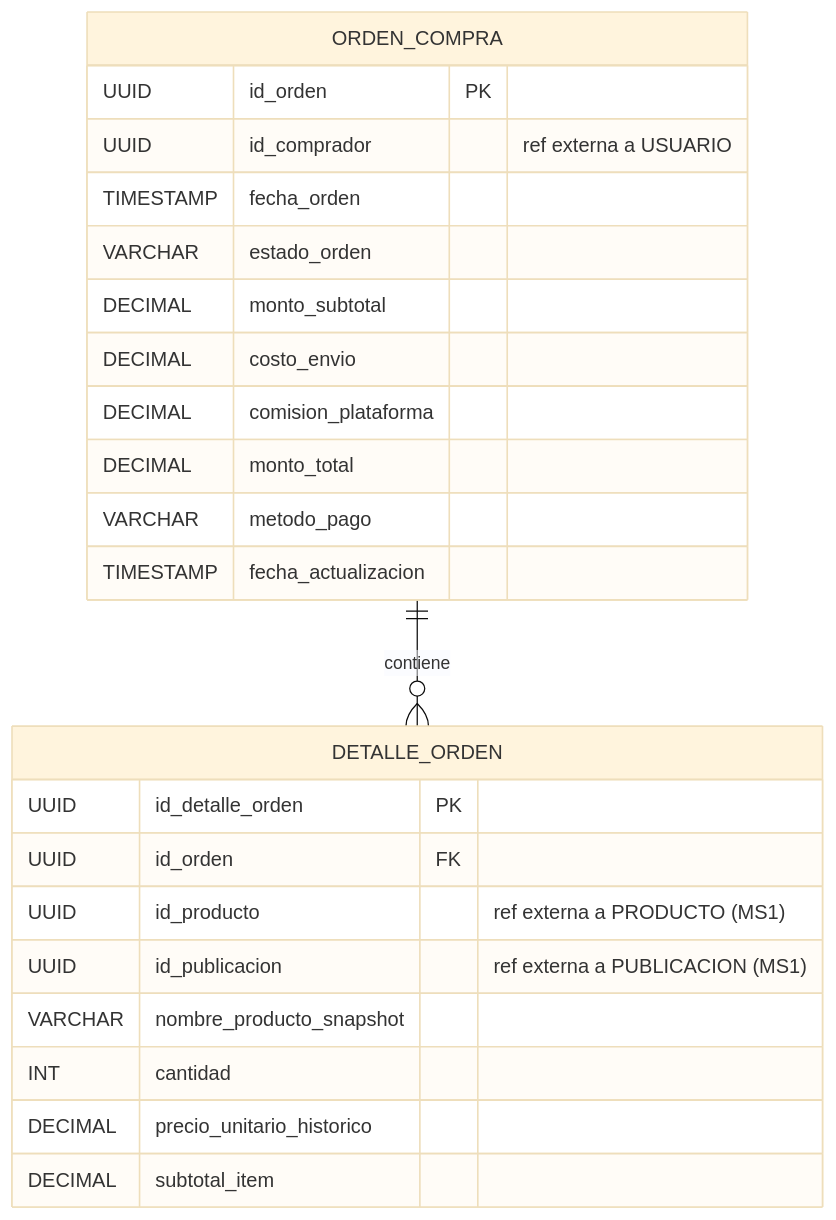
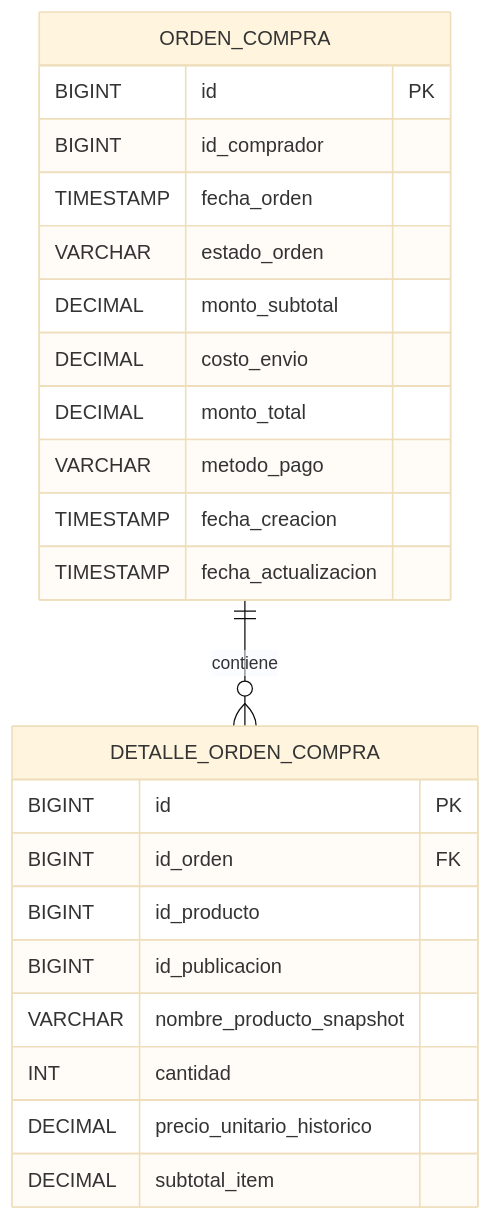
One commit to LaVitrinaColeccionistas/app-lavitrinacoleccionistas-common changed the third of 4 diagrams in README.md. Above: the diagram before and after it, drawn with Mermaid (base theme). The commit also changed other lines of this file and 22 other files, not shown here.

````diff
--- a/README.md
+++ b/README.md
@@ -85,26 +119,28 @@
-```mermaid
+``` mermaid
 erDiagram
     ORDEN_COMPRA {
-        UUID id_orden PK
-        UUID id_comprador "ref externa a USUARIO"
+        BIGINT id PK
+        BIGINT id_comprador
         TIMESTAMP fecha_orden
         VARCHAR estado_orden
         DECIMAL monto_subtotal
         DECIMAL costo_envio
-        DECIMAL comision_plataforma
         DECIMAL monto_total
         VARCHAR metodo_pago
+        TIMESTAMP fecha_creacion
         TIMESTAMP fecha_actualizacion
     }
-    DETALLE_ORDEN {
-        UUID id_detalle_orden PK
-        UUID id_orden FK
-        UUID id_producto "ref externa a PRODUCTO (MS1)"
-        UUID id_publicacion "ref externa a PUBLICACION (MS1)"
+
+    DETALLE_ORDEN_COMPRA {
+        BIGINT id PK
+        BIGINT id_orden FK
+        BIGINT id_producto
+        BIGINT id_publicacion
         VARCHAR nombre_producto_snapshot
         INT cantidad
         DECIMAL precio_unitario_historico
         DECIMAL subtotal_item
     }
-    ORDEN_COMPRA ||--o{ DETALLE_ORDEN : contiene
+
+    ORDEN_COMPRA ||--o{ DETALLE_ORDEN_COMPRA : contiene
 ```
````
